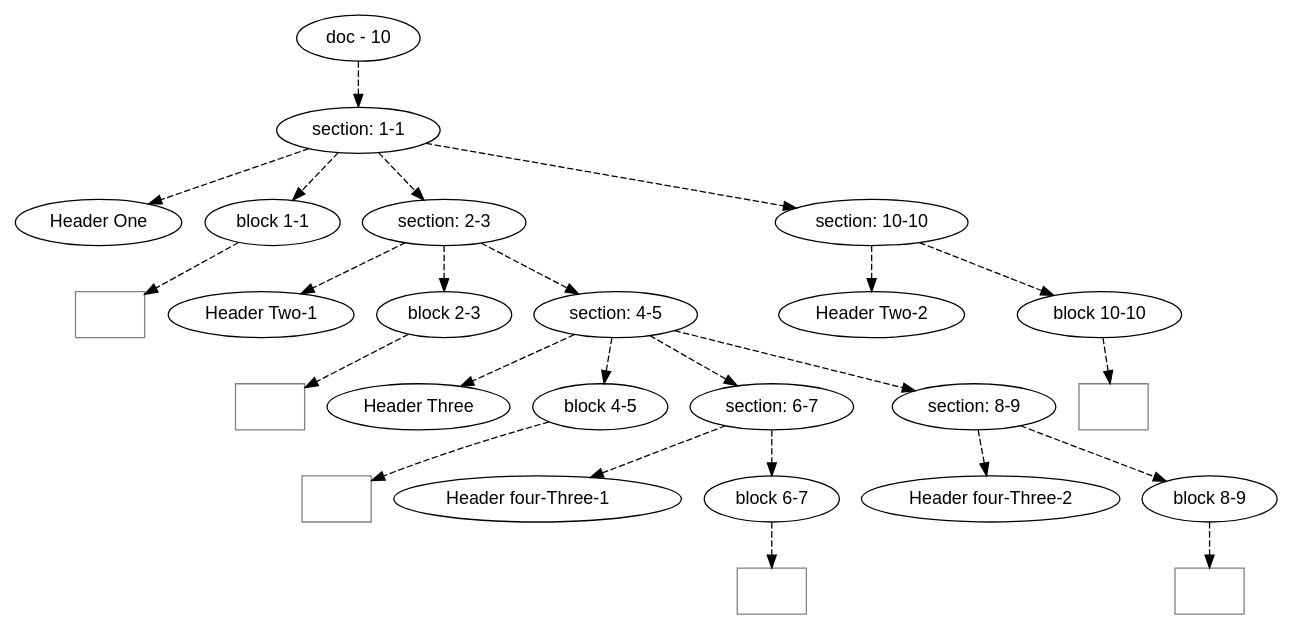
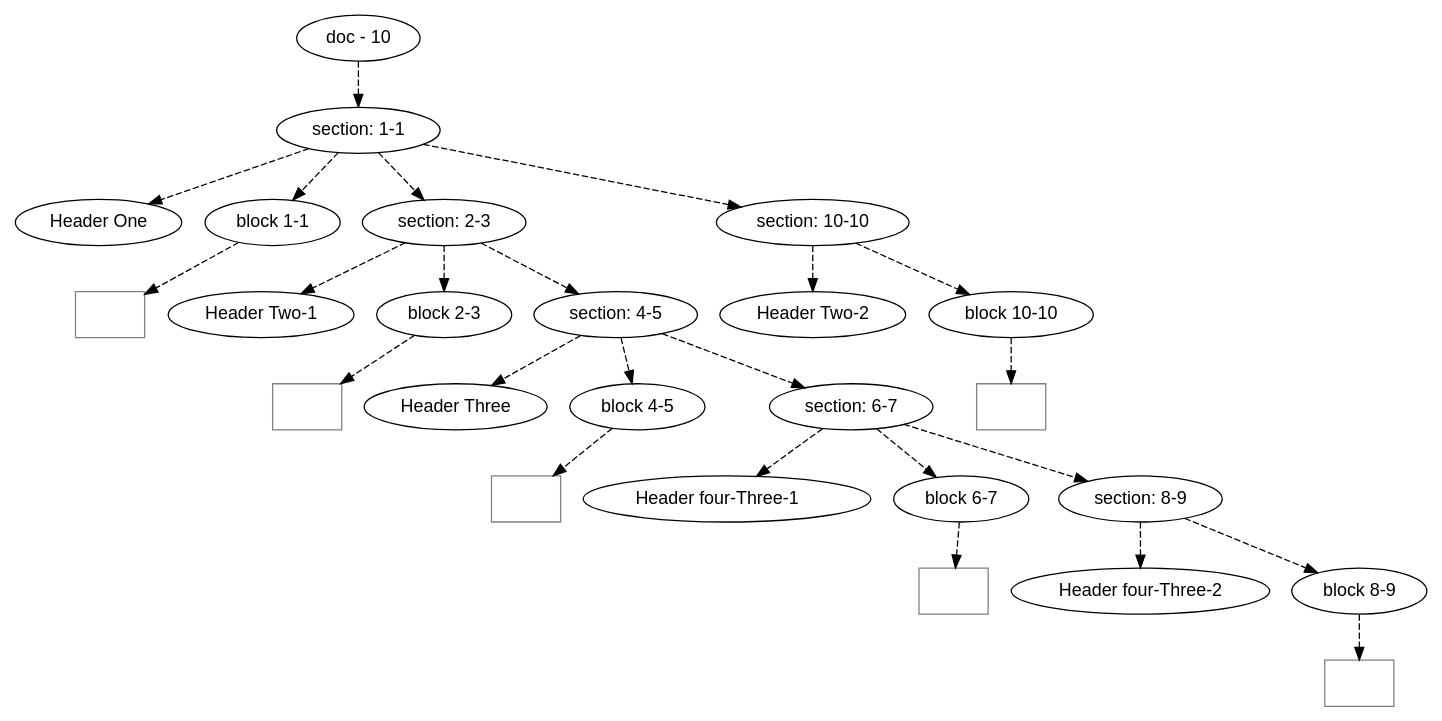
The diagram in org/dot/samples/headers.gm.dot (mnemnion/orb), drawn with Graphviz before and after one commit. The commit also changed 9 other files, not shown here.

```diff
--- a/org/dot/samples/headers.gm.dot
+++ b/org/dot/samples/headers.gm.dot
@@ -1,71 +1,71 @@
 digraph hierarchy {
 
 node [fontname=Helvetica]
 edge [style=dashed]
 
 doc_0 [label="doc - 10"]
 
 doc_0 -> { section_1}
 {rank=same; section_1}
 
 section_1 [label="section: 1-1"]
 
 section_1 -> { header_2 block_3 section_4 section_5}
 {rank=same; header_2 block_3 section_4 section_5}
 
 header_2 [label="Header One"]
 block_3 [label="block 1-1"]
 section_4 [label="section: 2-3"]
 section_5 [label="section: 10-10"]
 
 
 block_3 -> leaf_6
 leaf_6  [color=Gray,shape=rectangle,fontname=Inconsolata,label=""]section_4 -> { header_7 block_8 section_9}
 {rank=same; header_7 block_8 section_9}
 
 header_7 [label="Header Two-1"]
 block_8 [label="block 2-3"]
 section_9 [label="section: 4-5"]
 
 
 block_8 -> leaf_10
 leaf_10  [color=Gray,shape=rectangle,fontname=Inconsolata,label="
-"]section_9 -> { header_11 block_12 section_13 section_14}
-{rank=same; header_11 block_12 section_13 section_14}
+"]section_9 -> { header_11 block_12 section_13}
+{rank=same; header_11 block_12 section_13}
 
 header_11 [label="Header Three"]
 block_12 [label="block 4-5"]
 section_13 [label="section: 6-7"]
-section_14 [label="section: 8-9"]
 
 
-block_12 -> leaf_15
-leaf_15  [color=Gray,shape=rectangle,fontname=Inconsolata,label="    
-"]section_13 -> { header_16 block_17}
-{rank=same; header_16 block_17}
+block_12 -> leaf_14
+leaf_14  [color=Gray,shape=rectangle,fontname=Inconsolata,label="    
+"]section_13 -> { header_15 block_16 section_17}
+{rank=same; header_15 block_16 section_17}
 
-header_16 [label="Header four-Three-1    "]
-block_17 [label="block 6-7"]
+header_15 [label="Header four-Three-1    "]
+block_16 [label="block 6-7"]
+section_17 [label="section: 8-9"]
 
 
-block_17 -> leaf_18
+block_16 -> leaf_18
 leaf_18  [color=Gray,shape=rectangle,fontname=Inconsolata,label="
-"]section_14 -> { header_19 block_20}
+"]section_17 -> { header_19 block_20}
 {rank=same; header_19 block_20}
 
 header_19 [label="Header four-Three-2"]
 block_20 [label="block 8-9"]
 
 
 block_20 -> leaf_21
 leaf_21  [color=Gray,shape=rectangle,fontname=Inconsolata,label="
 "]section_5 -> { header_22 block_23}
 {rank=same; header_22 block_23}
 
 header_22 [label="Header Two-2"]
 block_23 [label="block 10-10"]
 
 
 block_23 -> leaf_24
 leaf_24  [color=Gray,shape=rectangle,fontname=Inconsolata,label=""]
 }
```
